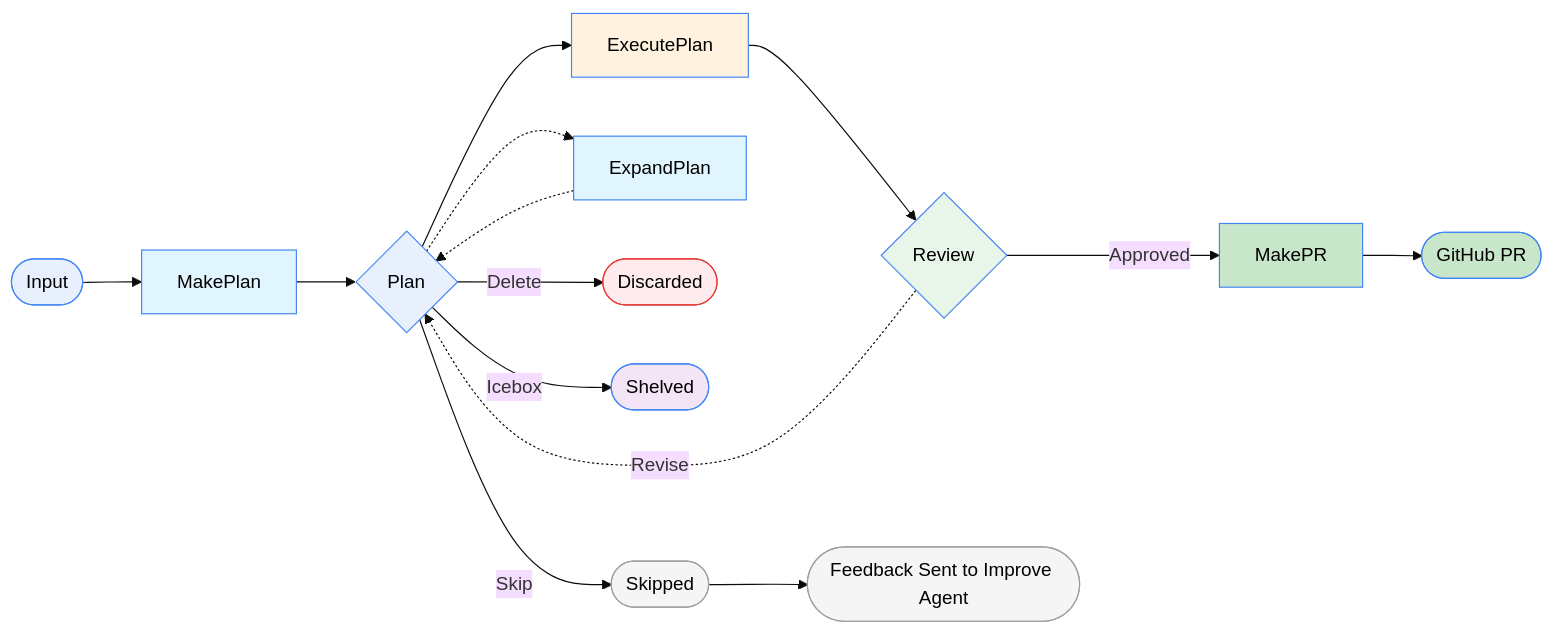
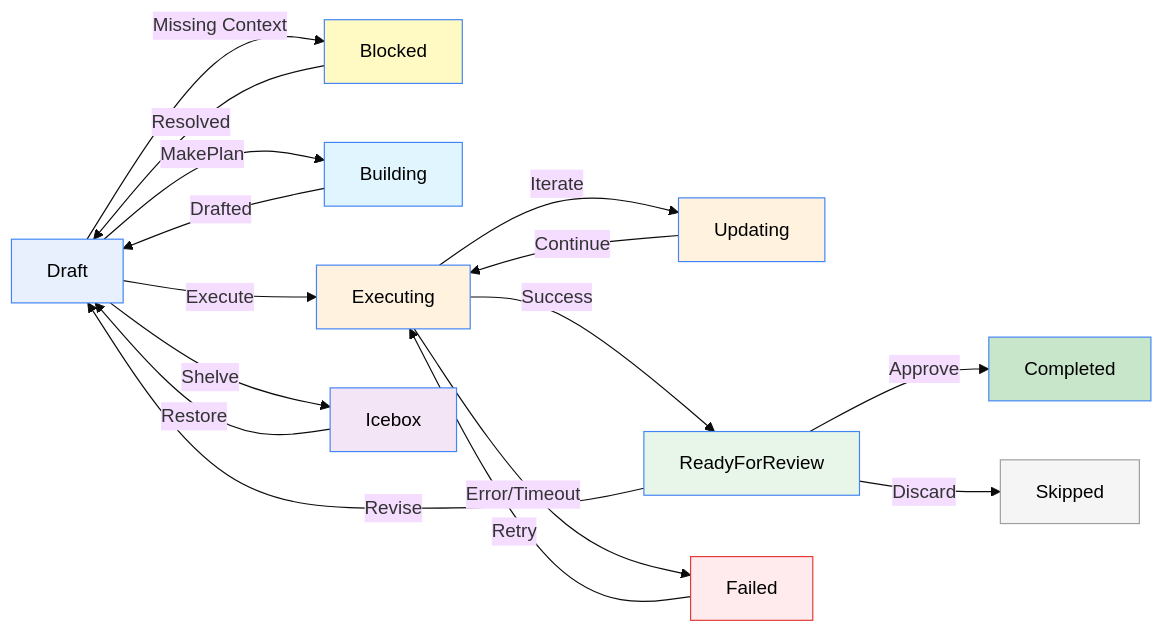
The diagram in src/Ivy.Tendril.Docs/Docs/01_GettingStarted/01_Introduction.md (Ivy-Interactive/Ivy-Tendril), drawn with Mermaid (base theme) before and after one commit. The commit also changed other lines of this file and 6 other files, not shown here.

````diff
--- a/src/Ivy.Tendril.Docs/Docs/01_GettingStarted/01_Introduction.md
+++ b/src/Ivy.Tendril.Docs/Docs/01_GettingStarted/01_Introduction.md
@@ -99,42 +50,41 @@
 ```mermaid
 flowchart LR
-    Input([Input]):::defaultStyle
-    MakePlan[MakePlan]:::buildingStyle
-    Plan{Plan}:::defaultStyle
-    ExecutePlan[ExecutePlan]:::executingStyle
-    Review{Review}:::readyStyle
-    MakePR[MakePR]:::completedStyle
-    PR([GitHub PR]):::completedStyle
+    Draft:::defaultStyle
+    Blocked:::blockedStyle
+    Building:::buildingStyle
+    Executing:::executingStyle
+    Updating:::executingStyle
+    ReadyForReview:::readyStyle
+    Failed:::failedStyle
+    Completed:::completedStyle
+    Icebox:::iceboxStyle
+    Skipped:::skippedStyle
 
-    %% Primary Workflow Spine
-    Input --> MakePlan
-    MakePlan --> Plan
-    Plan --> ExecutePlan
-    ExecutePlan --> Review
-    Review -->|Approved| MakePR
-    MakePR --> PR
+    Draft -->|MakePlan| Building
+    Draft -->|Execute| Executing
+    Draft -->|Missing Context| Blocked
+    Blocked -->|Resolved| Draft
+    Building -->|Drafted| Draft
+    Draft -->|Shelve| Icebox
+    Icebox -->|Restore| Draft
 
-    %% Secondary paths
-    ExpandPlan[ExpandPlan]:::buildingStyle
-    Plan -.-> ExpandPlan -.-> Plan
-    Review -.->|Revise| Plan
+    Executing -->|Iterate| Updating
+    Updating -->|Continue| Executing
+    Executing -->|Success| ReadyForReview
+    Executing -->|Error/Timeout| Failed
+    Failed -->|Retry| Executing
 
-    Discarded([Discarded]):::failedStyle
-    Icebox([Shelved]):::iceboxStyle
-    Plan -->|Delete| Discarded
-    Plan -->|Icebox| Icebox
-
-    Skipped([Skipped]):::skippedStyle
-    Feedback([Feedback Sent to Improve Agent]):::skippedStyle
-    Plan -->|Skip| Skipped
-    Skipped --> Feedback
+    ReadyForReview -->|Approve| Completed
+    ReadyForReview -->|Revise| Draft
+    ReadyForReview -->|Discard| Skipped
 
     classDef defaultStyle fill:#E8F0FE,stroke:#4285F4,color:#000
+    classDef blockedStyle fill:#FFF9C4,stroke:#4285F4,color:#000
     classDef buildingStyle fill:#E1F5FE,stroke:#4285F4,color:#000
     classDef executingStyle fill:#FFF3E0,stroke:#4285F4,color:#000
     classDef readyStyle fill:#E8F5E9,stroke:#4285F4,color:#000
+    classDef failedStyle fill:#FFEBEE,stroke:#E53935,color:#000
     classDef completedStyle fill:#C8E6C9,stroke:#4285F4,color:#000
-    classDef failedStyle fill:#FFEBEE,stroke:#E53935,color:#000
+    classDef iceboxStyle fill:#F3E5F5,stroke:#4285F4,color:#000
     classDef skippedStyle fill:#F5F5F5,stroke:#9E9E9E,color:#000
-    classDef iceboxStyle fill:#F3E5F5,stroke:#4285F4,color:#000
 ```
````
